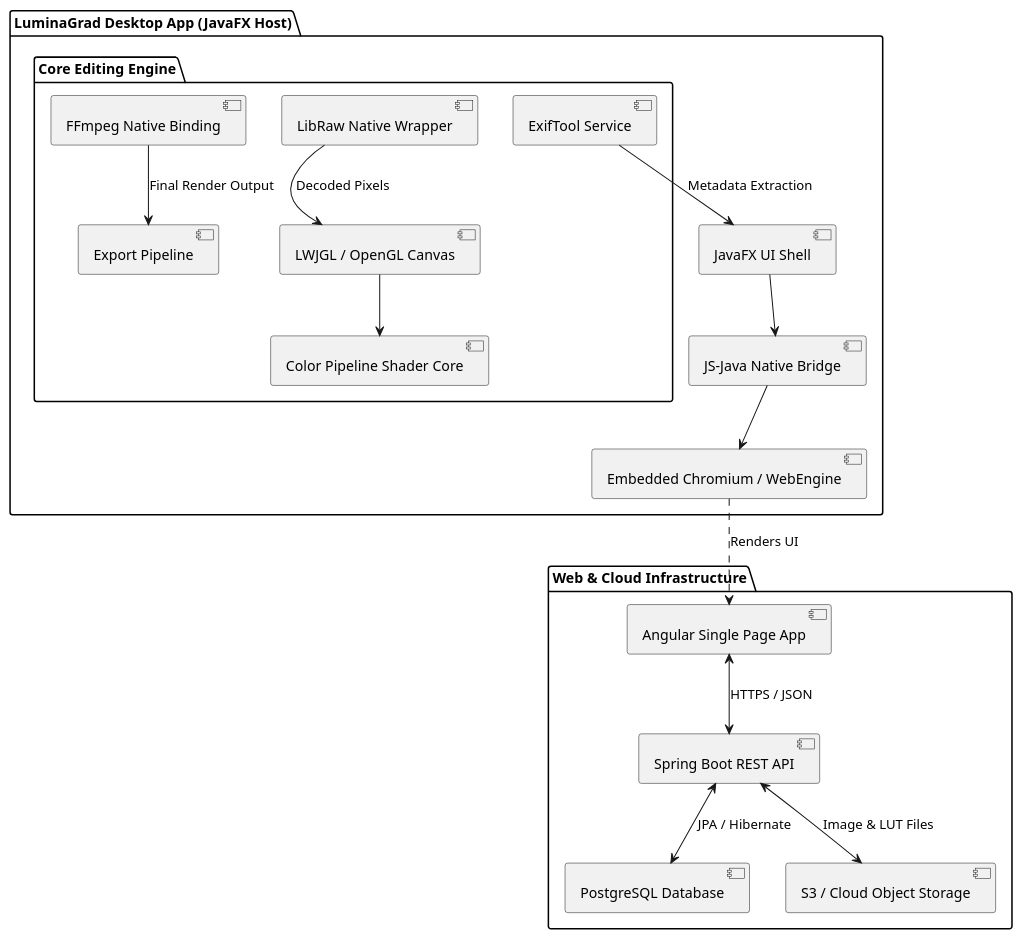
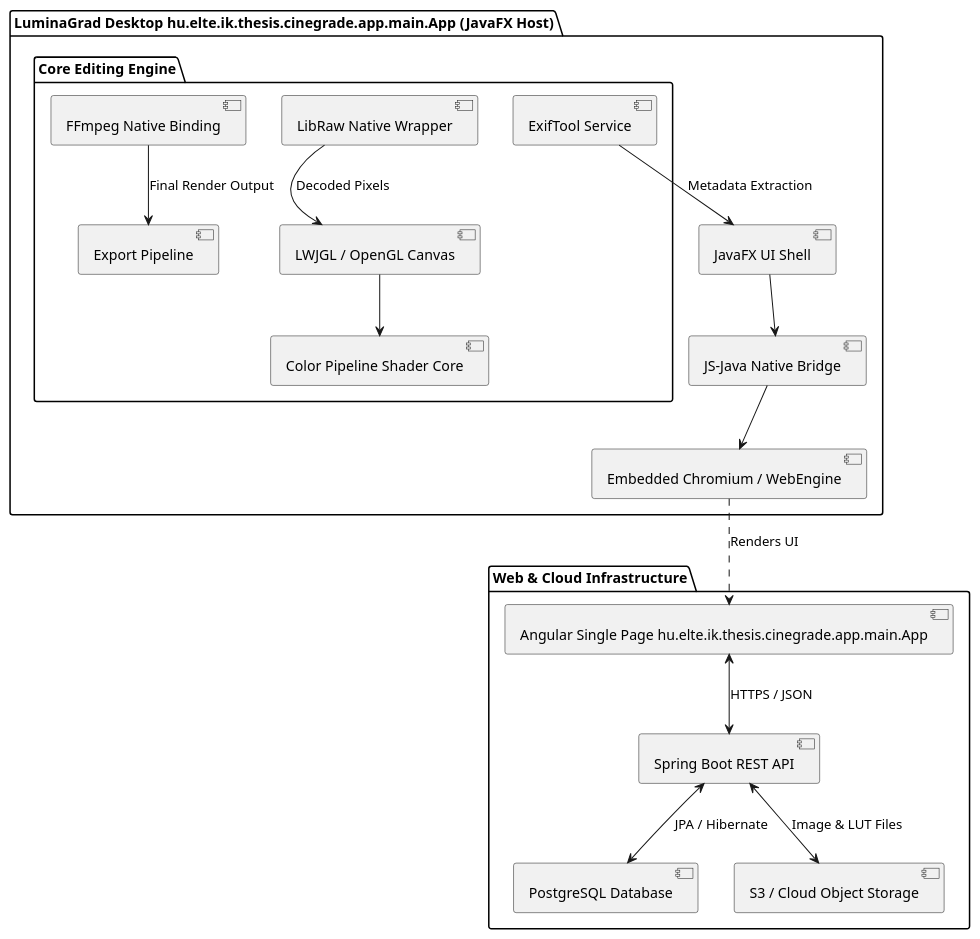
The second of 3 diagrams in Documentation/PLAN.md (Hogyi1/CineGrade), drawn with PlantUML before and after one commit. The commit also changed other lines of this file and 24 other files, not shown here.

````diff
--- a/Documentation/PLAN.md
+++ b/Documentation/PLAN.md
@@ -158,22 +158,22 @@
 ```plantuml
 @startuml
-package "LuminaGrad Desktop App (JavaFX Host)" {
+package "LuminaGrad Desktop hu.elte.ik.thesis.cinegrade.app.main.App (JavaFX Host)" {
     [JavaFX UI Shell] --> [JS-Java Native Bridge]
     [JS-Java Native Bridge] --> [Embedded Chromium / WebEngine]
     
     package "Core Editing Engine" {
         [LWJGL / OpenGL Canvas] --> [Color Pipeline Shader Core]
         [LibRaw Native Wrapper] --> [LWJGL / OpenGL Canvas] : Decoded Pixels
         [ExifTool Service] --> [JavaFX UI Shell] : Metadata Extraction
         [FFmpeg Native Binding] --> [Export Pipeline] : Final Render Output
     }
 }
 
 package "Web & Cloud Infrastructure" {
-    [Embedded Chromium / WebEngine] ..> [Angular Single Page App] : Renders UI
-    [Angular Single Page App] <--> [Spring Boot REST API] : HTTPS / JSON
+    [Embedded Chromium / WebEngine] ..> [Angular Single Page hu.elte.ik.thesis.cinegrade.app.main.App] : Renders UI
+    [Angular Single Page hu.elte.ik.thesis.cinegrade.app.main.App] <--> [Spring Boot REST API] : HTTPS / JSON
     [Spring Boot REST API] <--> [PostgreSQL Database] : JPA / Hibernate
     [Spring Boot REST API] <--> [S3 / Cloud Object Storage] : Image & LUT Files
 }
 @enduml
 ```
````
